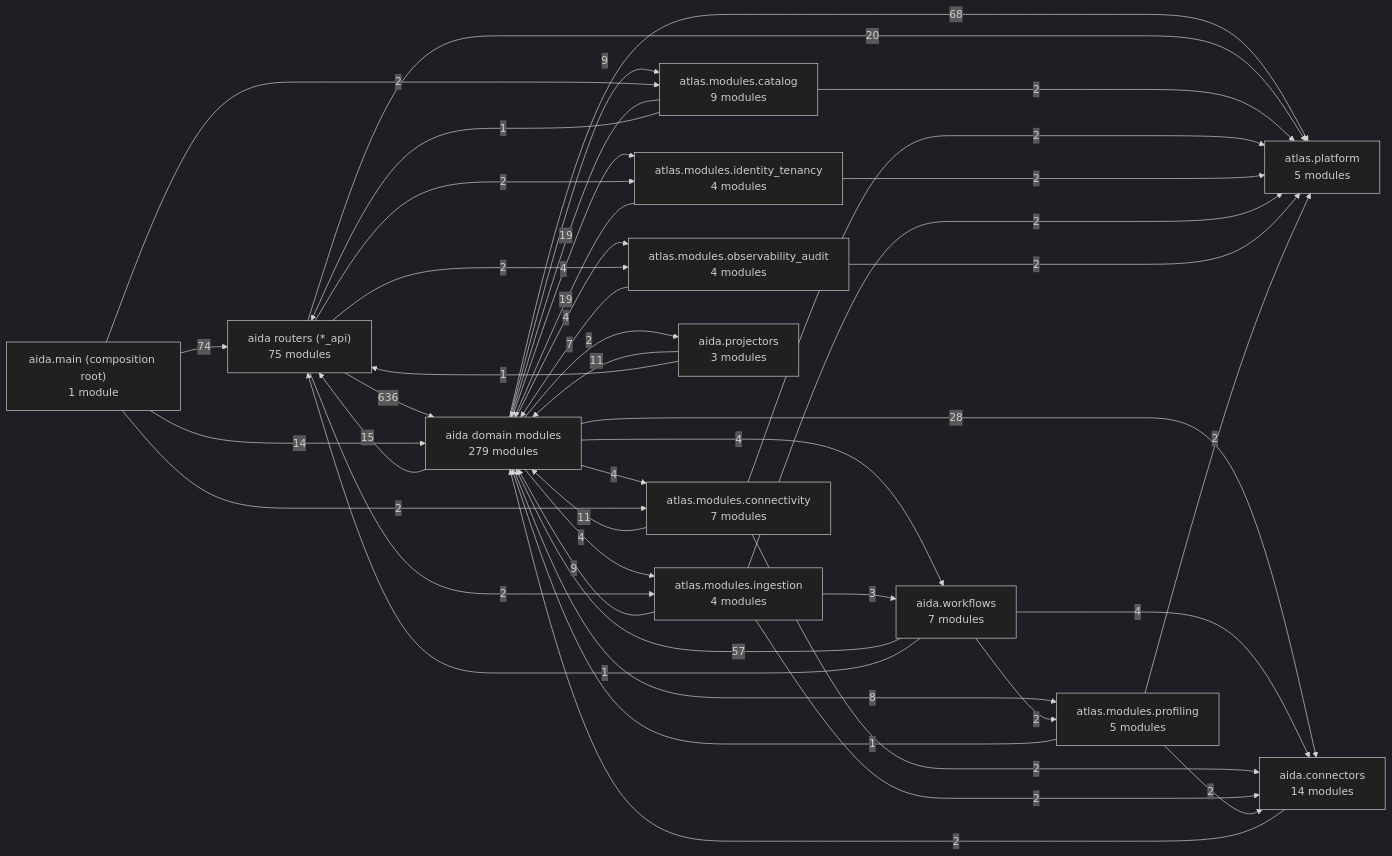
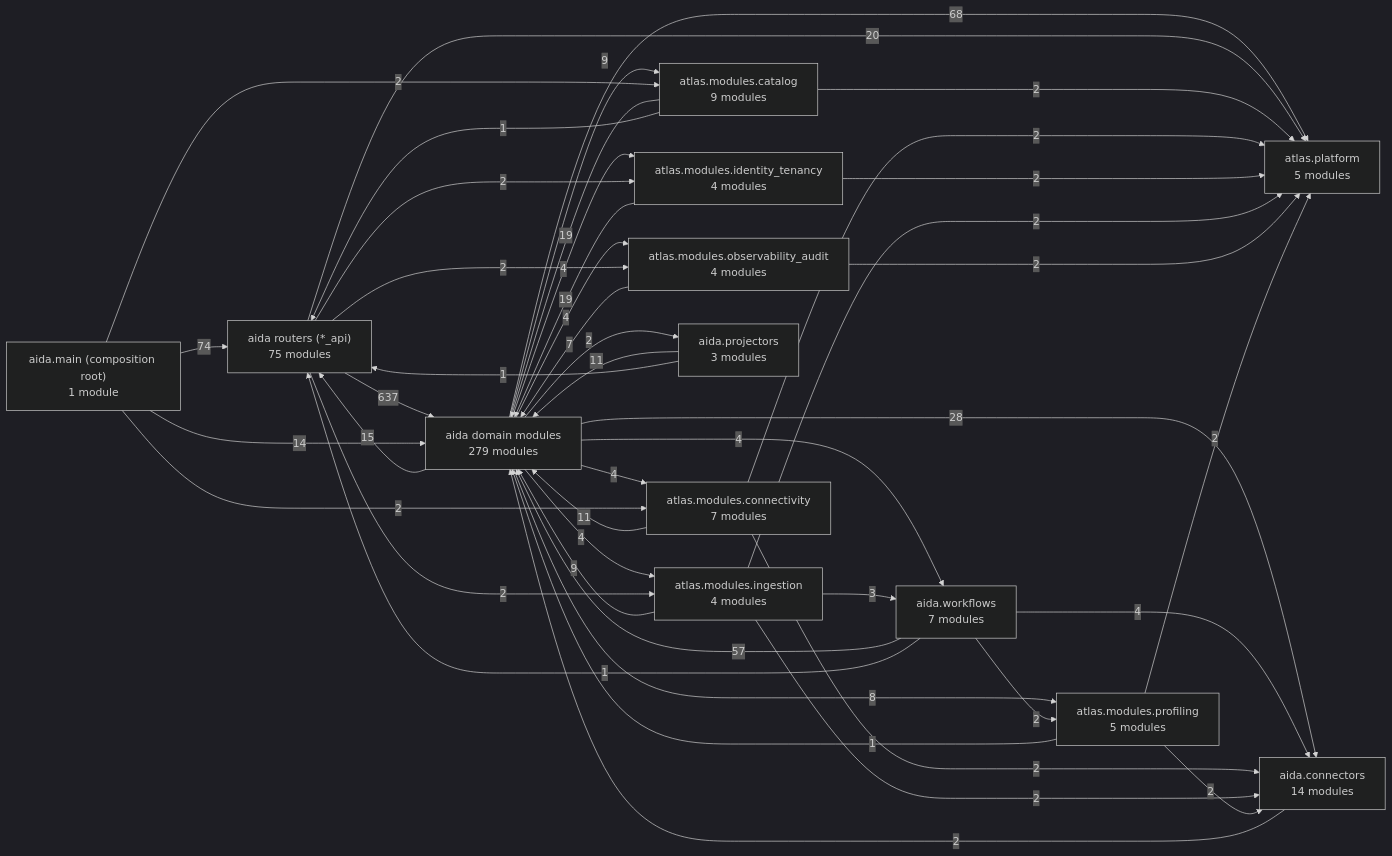
Before and after one commit to karuppusamym/AIDataAnalyst: the first of 3 diagrams in Docs/10-architecture/14-generated-architecture-map.md, drawn with Mermaid (dark theme). The commit also changed other lines of this file and 8 other files, not shown here.

````diff
--- a/Docs/10-architecture/14-generated-architecture-map.md
+++ b/Docs/10-architecture/14-generated-architecture-map.md
@@ -48,60 +48,60 @@
 ```mermaid
 graph LR
   app["aida.main (composition root)<br/>1 module"]
   routers["aida routers (*_api)<br/>75 modules"]
   domain["aida domain modules<br/>279 modules"]
   ctx_catalog["atlas.modules.catalog<br/>9 modules"]
   ctx_connectivity["atlas.modules.connectivity<br/>7 modules"]
   ctx_identity_tenancy["atlas.modules.identity_tenancy<br/>4 modules"]
   ctx_ingestion["atlas.modules.ingestion<br/>4 modules"]
   ctx_observability_audit["atlas.modules.observability_audit<br/>4 modules"]
   ctx_profiling["atlas.modules.profiling<br/>5 modules"]
   connectors["aida.connectors<br/>14 modules"]
   workflows["aida.workflows<br/>7 modules"]
   projectors["aida.projectors<br/>3 modules"]
   platform["atlas.platform<br/>5 modules"]
-  routers -->|636| domain
+  routers -->|637| domain
   app -->|74| routers
   domain -->|68| platform
   workflows -->|57| domain
   domain -->|28| connectors
   routers -->|20| platform
   ctx_catalog -->|19| domain
   ctx_identity_tenancy -->|19| domain
   domain -->|15| routers
   app -->|14| domain
   ctx_connectivity -->|11| domain
   projectors -->|11| domain
   ctx_ingestion -->|9| domain
   domain -->|9| ctx_catalog
   domain -->|8| ctx_profiling
   ctx_observability_audit -->|7| domain
   domain -->|4| ctx_connectivity
   domain -->|4| ctx_identity_tenancy
   domain -->|4| ctx_ingestion
   domain -->|4| ctx_observability_audit
   domain -->|4| workflows
   workflows -->|4| connectors
   ctx_ingestion -->|3| workflows
   app -->|2| ctx_catalog
   app -->|2| ctx_connectivity
   connectors -->|2| domain
   ctx_catalog -->|2| platform
   ctx_connectivity -->|2| connectors
   ctx_connectivity -->|2| platform
   ctx_identity_tenancy -->|2| platform
   ctx_ingestion -->|2| connectors
   ctx_ingestion -->|2| platform
   ctx_observability_audit -->|2| platform
   ctx_profiling -->|2| connectors
   ctx_profiling -->|2| platform
   domain -->|2| projectors
   routers -->|2| ctx_identity_tenancy
   routers -->|2| ctx_ingestion
   routers -->|2| ctx_observability_audit
   workflows -->|2| ctx_profiling
   ctx_catalog -->|1| routers
   ctx_profiling -->|1| domain
   projectors -->|1| routers
   workflows -->|1| routers
 ```
````
